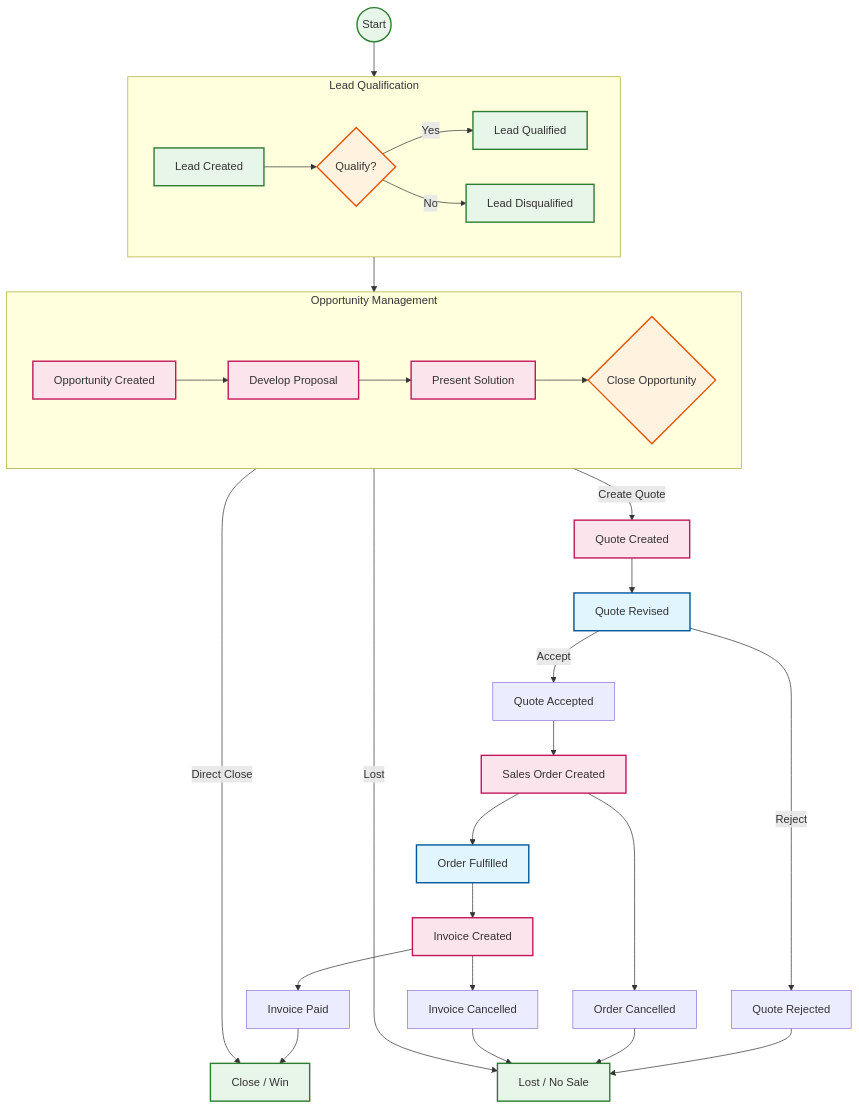
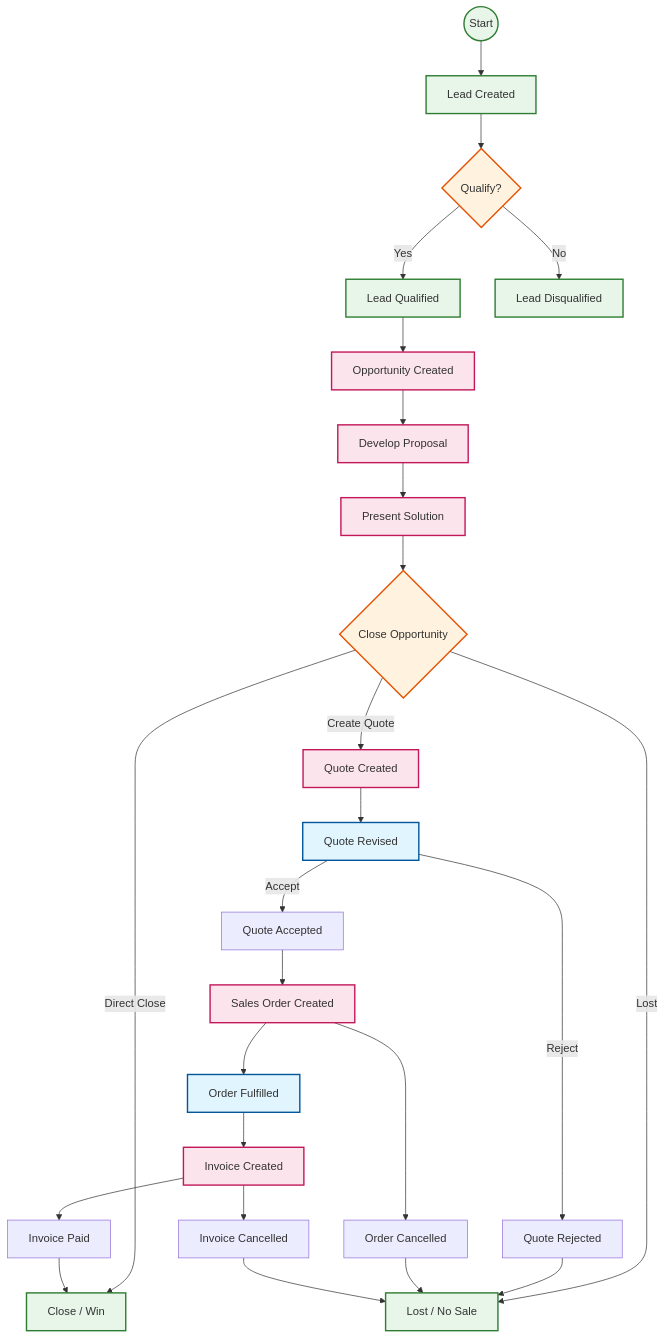
The fifth of 15 diagrams in D365_Mermaid_Diagrams.md (JohnDevaSahayam/Dynamic-365-Database-Documentation), drawn with Mermaid before and after one commit. The commit also changed other lines of this file, not shown here.

Commit message:
mermaid diagram docment changes

```diff
--- a/D365_Mermaid_Diagrams.md
+++ b/D365_Mermaid_Diagrams.md
@@ -1010,27 +813,18 @@
     classDef entity fill:#e8f5e9,stroke:#2e7d32,stroke-width:2px
     classDef decision fill:#fff3e0,stroke:#e65100,stroke-width:2px
     classDef process fill:#fce4ec,stroke:#c2185b,stroke-width:2px
-    classDef output fill:#f3e5f5,stroke:#7b1fa2,stroke-width:2px
-    
-    %% ==================== NODES ====================
     
     START(("Start"))
     
-    subgraph LEAD_QUALIFICATION["Lead Qualification"]
-        direction LR
-        L1["Lead Created"]
-        L2{"Qualify?"}
-        L3["Lead Qualified"]
-        L4["Lead Disqualified"]
-    end
+    L1["Lead Created"]
+    L2{"Qualify?"}
+    L3["Lead Qualified"]
+    L4["Lead Disqualified"]
     
-    subgraph OPPORTUNITY_PROCESS["Opportunity Management"]
-        direction LR
-        O1["Opportunity Created"]
-        O2["Develop Proposal"]
-        O3["Present Solution"]
-        O4{"Close Opportunity"}
-    end
+    O1["Opportunity Created"]
+    O2["Develop Proposal"]
+    O3["Present Solution"]
+    O4{"Close Opportunity"}
     
     QUOTE_CREATE["Quote Created"]
     QUOTE_REVISE["Quote Revised"]
@@ -1048,15 +842,13 @@
     CLOSE["Close / Win"]
     LOST["Lost / No Sale"]
     
-    %% ==================== EDGES ====================
-    
+    %% Transitions
     START --> L1
     L1 --> L2
     L2 -->|Yes| L3
     L2 -->|No| L4
     
     L3 --> O1
-    
     O1 --> O2
     O2 --> O3
     O3 --> O4
@@ -1073,17 +865,14 @@
     
     ORDER_CREATE --> ORDER_FULFILL
     ORDER_CREATE --> ORDER_CANCEL
-    
     ORDER_FULFILL --> INVOICE_CREATE
     ORDER_CANCEL --> LOST
     
     INVOICE_CREATE --> INVOICE_PAID
     INVOICE_CREATE --> INVOICE_CANCEL
-    
     INVOICE_PAID --> CLOSE
     INVOICE_CANCEL --> LOST
     
-    %% ==================== CLASSIFICATIONS ====================
     class START,L1,L3,L4,CLOSE,LOST entity
     class L2,O4 decision
     class O1,O2,O3,QUOTE_CREATE,ORDER_CREATE,INVOICE_CREATE process
```
